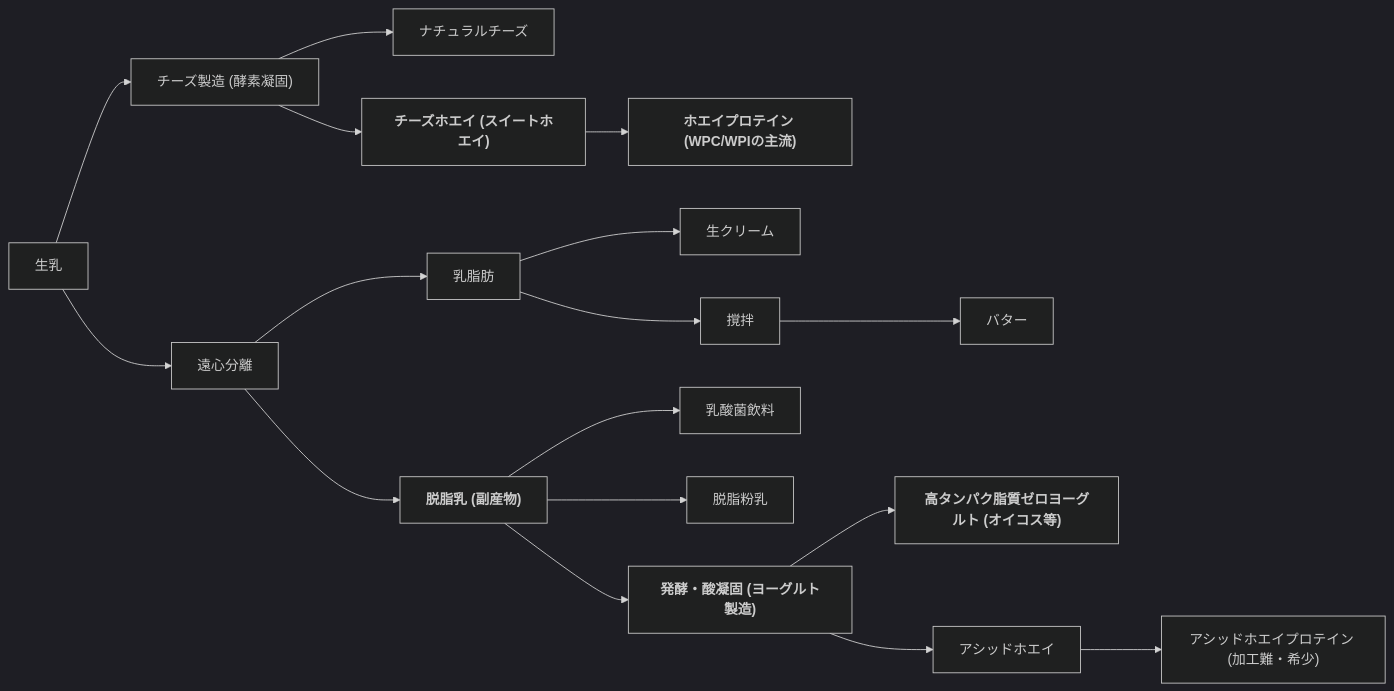
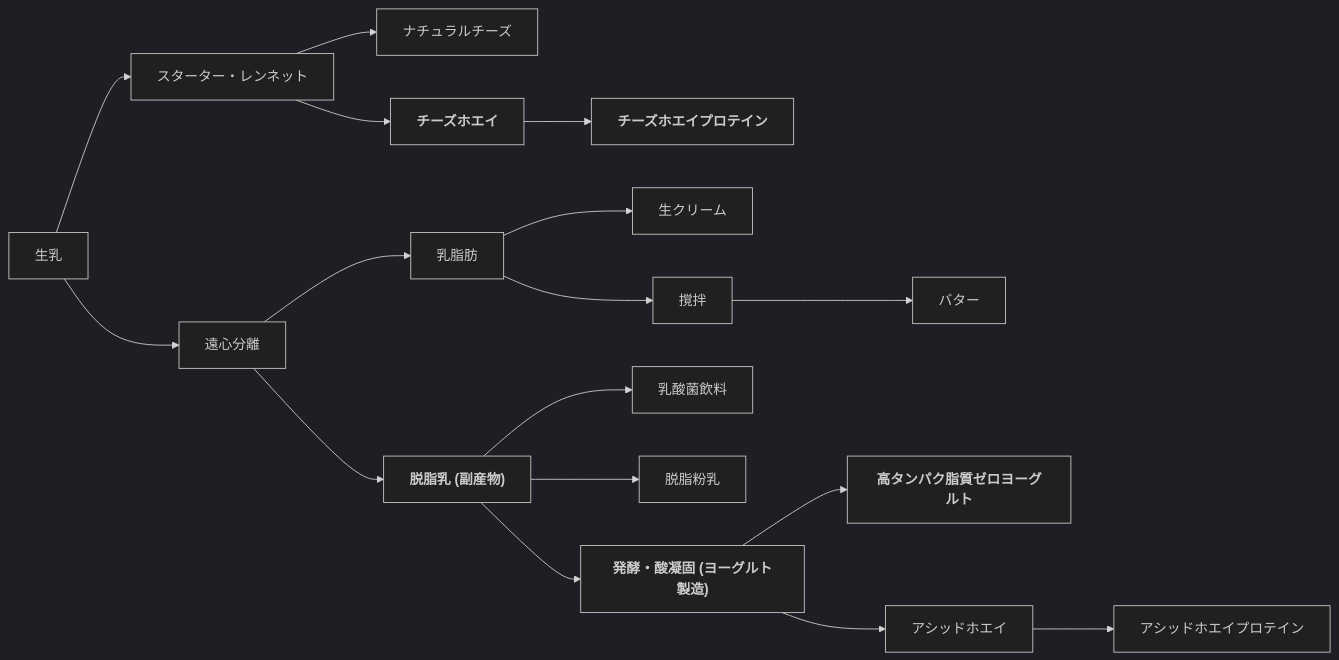
One commit to ussyi-git/- changed the second of 4 diagrams in README.md. Above: the diagram before and after it, drawn with Mermaid (dark theme).

````diff
--- a/README.md
+++ b/README.md
@@ -29,28 +29,28 @@
 ```mermaid
 graph LR
 Milk["生乳"]
 %% === ルート1: チーズ製造（生乳を使用） ===
-Milk --> CheeseProcess["チーズ製造 (酵素凝固)"]
+Milk --> CheeseProcess["スターター・レンネット"]
 CheeseProcess --> Cheese["ナチュラルチーズ"]
-CheeseProcess --> SweetWhey["<b>チーズホエイ (スイートホエイ)</b>"]
-SweetWhey --> MainPro["<b>ホエイプロテイン (WPC/WPIの主流)</b>"]
+CheeseProcess --> SweetWhey["<b>チーズホエイ</b>"]
+SweetWhey --> MainPro["<b>チーズホエイプロテイン</b>"]
 %% === ルート2: 分離・脱脂（脱脂乳を使用） ===
 Milk --> Separator["遠心分離"]
 %% --- クリーム側の流れ ---
 Separator --> Cream["乳脂肪"]
 Cream --> Creamy["生クリーム"]
 Cream --> ButterProcess["撹拌"]
 ButterProcess --> Butter["バター"]
 %% --- 脱脂乳側の流れ ---
 Separator --> SkimMilk["<b>脱脂乳 (副産物)</b>"]
 %% そのまま加工
 SkimMilk --> Calpis["乳酸菌飲料"]
 SkimMilk --> Powder["脱脂粉乳"]
 %% 発酵プロセスへ（酸で固める）
 SkimMilk --> Ferment["<b>発酵・酸凝固 (ヨーグルト製造)</b>"]
 %% 固形分（カゼイン）
-Ferment --> Oikos["<b>高タンパク脂質ゼロヨーグルト (オイコス等)</b>"]
+Ferment --> Oikos["<b>高タンパク脂質ゼロヨーグルト</b>"]
 %% 液体（ホエイ）
 Ferment --> AcidWhey["アシッドホエイ"]
-AcidWhey --> RarePro["アシッドホエイプロテイン (加工難・希少)"]
+AcidWhey --> RarePro["アシッドホエイプロテイン"]
 ```
````
